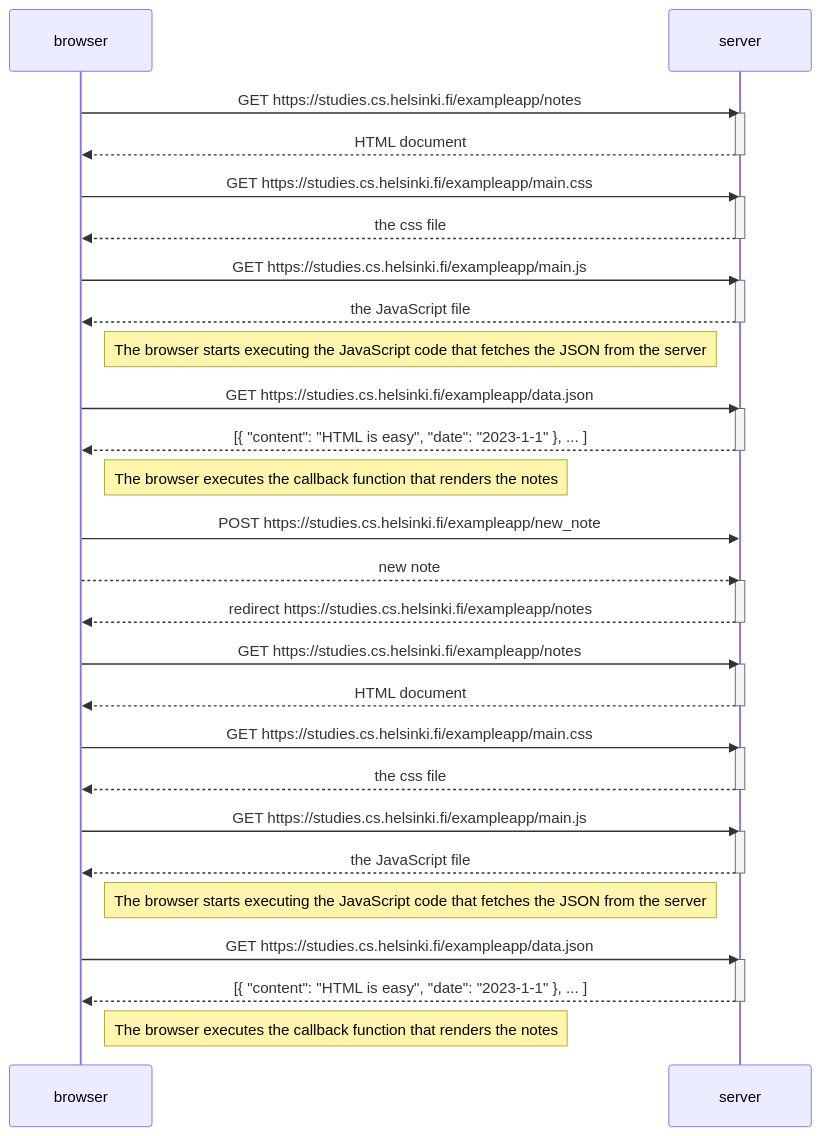
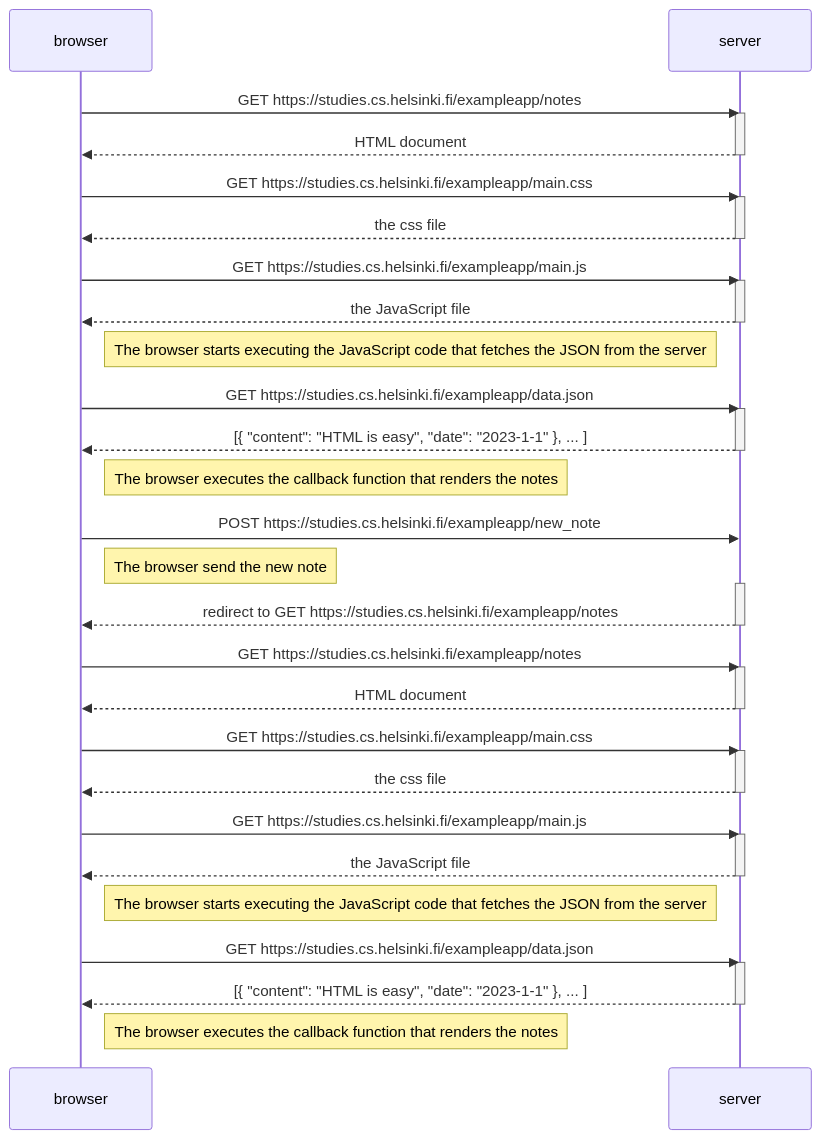
Before and after one commit to diegoewww/fullstackopen: the diagram in parte0/1.md, drawn with Mermaid.

````diff
--- a/parte0/1.md
+++ b/parte0/1.md
@@ -1,60 +1,60 @@
 ```mermaid
 sequenceDiagram
     participant browser
     participant server
 
     browser->>server: GET https://studies.cs.helsinki.fi/exampleapp/notes
     activate server
     server-->>browser: HTML document
     deactivate server
 
     browser->>server: GET https://studies.cs.helsinki.fi/exampleapp/main.css
     activate server
     server-->>browser: the css file
     deactivate server
 
     browser->>server: GET https://studies.cs.helsinki.fi/exampleapp/main.js
     activate server
     server-->>browser: the JavaScript file
     deactivate server
 
     Note right of browser: The browser starts executing the JavaScript code that fetches the JSON from the server
 
     browser->>server: GET https://studies.cs.helsinki.fi/exampleapp/data.json
     activate server
     server-->>browser: [{ "content": "HTML is easy", "date": "2023-1-1" }, ... ]
     deactivate server
 
     Note right of browser: The browser executes the callback function that renders the notes
 
-    browser->>server: POST https://studies.cs.helsinki.fi/exampleapp/new_note
-    browser-->>server: new note
+    browser->>server: POST https://studies.cs.helsinki.fi/exampleapp/new_note 
+    Note right of browser: The browser send the new note 
     activate server
-    server-->>browser: redirect https://studies.cs.helsinki.fi/exampleapp/notes
+    server-->>browser: redirect to GET https://studies.cs.helsinki.fi/exampleapp/notes
     deactivate server
 
     browser->>server: GET https://studies.cs.helsinki.fi/exampleapp/notes
     activate server
     server-->>browser: HTML document
     deactivate server
 
     browser->>server: GET https://studies.cs.helsinki.fi/exampleapp/main.css
     activate server
     server-->>browser: the css file
     deactivate server
 
     browser->>server: GET https://studies.cs.helsinki.fi/exampleapp/main.js
     activate server
     server-->>browser: the JavaScript file
     deactivate server
 
     Note right of browser: The browser starts executing the JavaScript code that fetches the JSON from the server
 
     browser->>server: GET https://studies.cs.helsinki.fi/exampleapp/data.json
     activate server
     server-->>browser: [{ "content": "HTML is easy", "date": "2023-1-1" }, ... ]
     deactivate server
 
     Note right of browser: The browser executes the callback function that renders the notes
     
 ```
````
